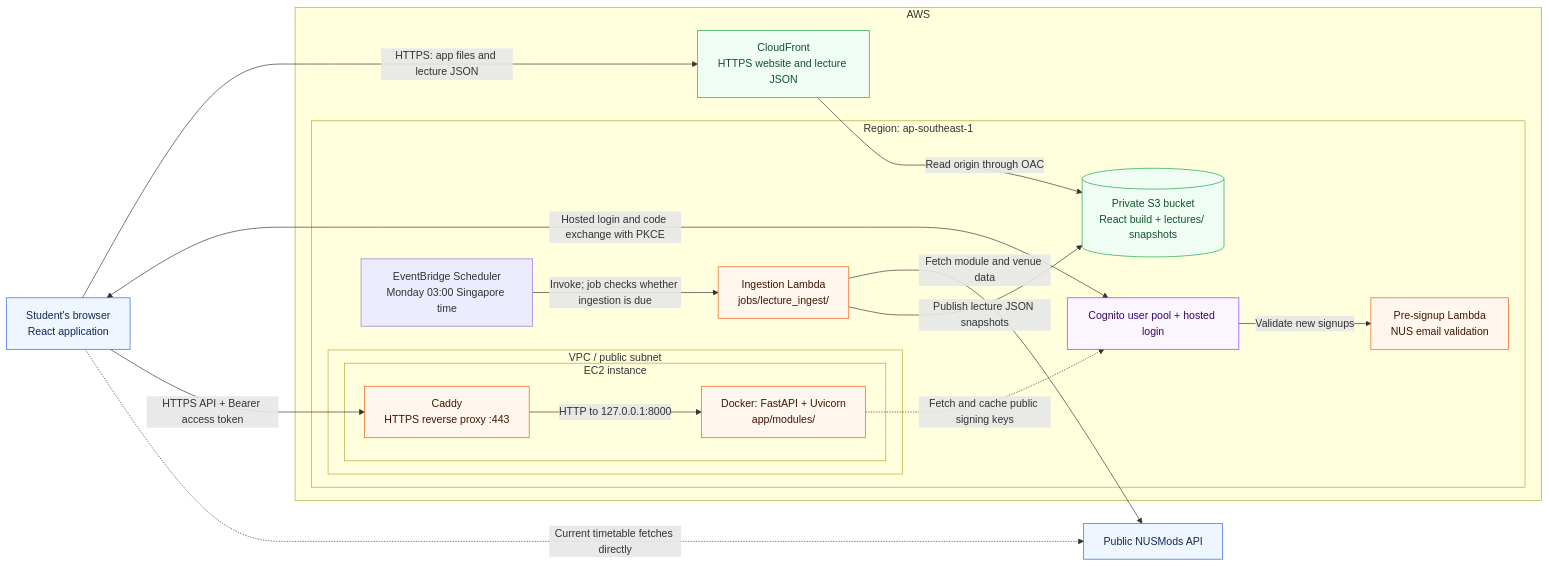
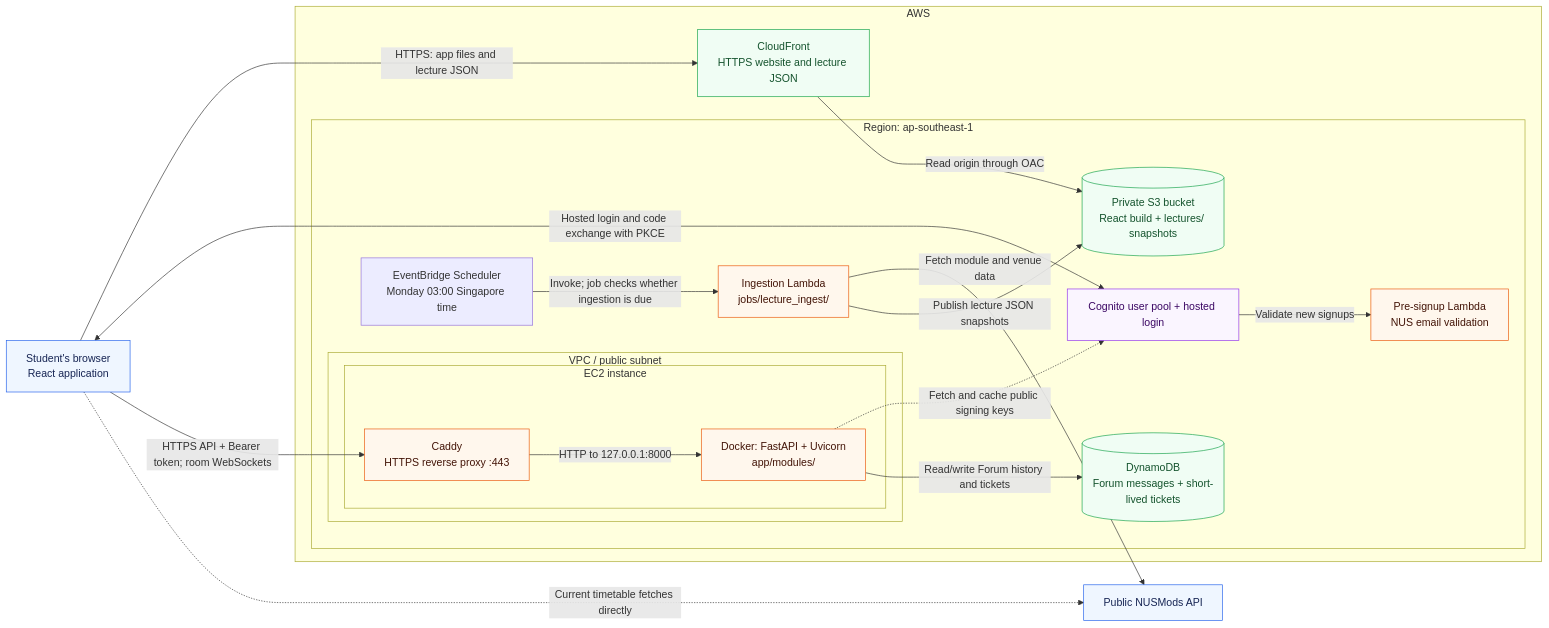
The diagram in docs/architecture.md (YangQF2002/CS5224-Lecture-Kaki), drawn with Mermaid before and after one commit. The commit also changed other lines of this file and 49 other files, not shown here.

````diff
--- a/docs/architecture.md
+++ b/docs/architecture.md
@@ -12,45 +12,47 @@
 ```mermaid
 flowchart LR
     browser["Student's browser<br/>React application"]
     nusmods["Public NUSMods API"]
 
     subgraph aws["AWS"]
         cloudfront["CloudFront<br/>HTTPS website and lecture JSON"]
 
         subgraph region["Region: ap-southeast-1"]
             bucket[("Private S3 bucket<br/>React build + lectures/ snapshots")]
             cognito["Cognito user pool + hosted login"]
             signup["Pre-signup Lambda<br/>NUS email validation"]
             scheduler["EventBridge Scheduler<br/>Monday 03:00 Singapore time"]
             ingest["Ingestion Lambda<br/>jobs/lecture_ingest/"]
+            forum[("DynamoDB<br/>Forum messages + short-lived tickets")]
 
             subgraph network["VPC / public subnet"]
                 subgraph ec2["EC2 instance"]
                     proxy["Caddy<br/>HTTPS reverse proxy :443"]
                     api["Docker: FastAPI + Uvicorn<br/>app/modules/"]
                 end
             end
         end
     end
 
     browser -->|"HTTPS: app files and lecture JSON"| cloudfront
     cloudfront -->|"Read origin through OAC"| bucket
     browser <-->|"Hosted login and code exchange with PKCE"| cognito
     cognito -->|"Validate new signups"| signup
-    browser -->|"HTTPS API + Bearer access token"| proxy
+    browser -->|"HTTPS API + Bearer token; room WebSockets"| proxy
     proxy -->|"HTTP to 127.0.0.1:8000"| api
     api -.->|"Fetch and cache public signing keys"| cognito
+    api -->|"Read/write Forum history and tickets"| forum
     browser -.->|"Current timetable fetches directly"| nusmods
     scheduler -->|"Invoke; job checks whether ingestion is due"| ingest
     ingest -->|"Fetch module and venue data"| nusmods
     ingest -->|"Publish lecture JSON snapshots"| bucket
 
     classDef client fill:#eff6ff,stroke:#2563eb,color:#172554
     classDef compute fill:#fff7ed,stroke:#ea580c,color:#431407
     classDef storage fill:#f0fdf4,stroke:#16a34a,color:#14532d
     classDef identity fill:#faf5ff,stroke:#9333ea,color:#3b0764
     class browser,nusmods client
     class proxy,api,ingest,signup compute
-    class bucket,cloudfront storage
+    class bucket,cloudfront,forum storage
     class cognito identity
 ```
````
